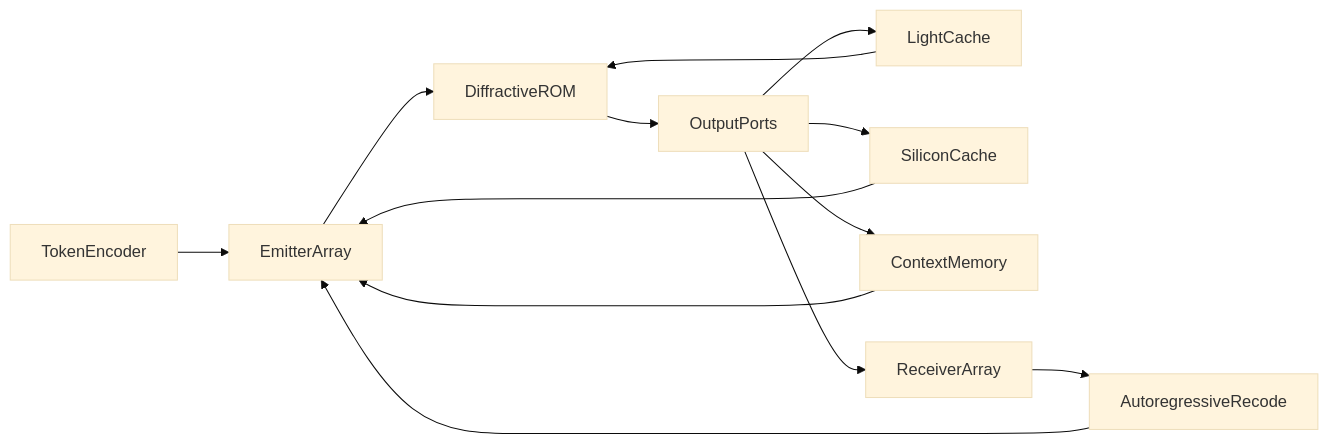
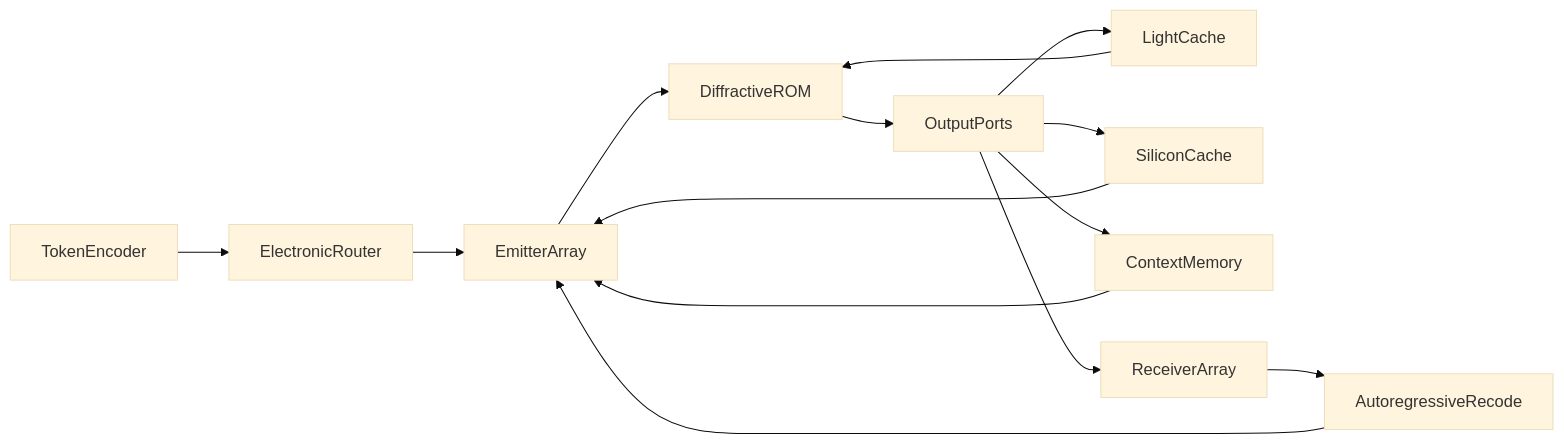
Before and after one commit to ussdeveloper/OLLMU: the first of 2 diagrams in CONCEPT.en.md, drawn with Mermaid (base theme). The commit also changed other lines of this file and 6 other files, not shown here.

````diff
--- a/CONCEPT.en.md
+++ b/CONCEPT.en.md
@@ -115,15 +123,16 @@
 ```mermaid
 flowchart LR
-  tokens[TokenEncoder] --> emitters[EmitterArray]
+  tokens[TokenEncoder] --> router[ElectronicRouter]
+  router --> emitters[EmitterArray]
   emitters --> core[DiffractiveROM]
   core --> ports[OutputPorts]
   ports --> lightCache[LightCache]
   lightCache --> core
   ports --> siCache[SiliconCache]
   siCache --> emitters
   ports --> ctx[ContextMemory]
   ctx --> emitters
   ports --> recv[ReceiverArray]
   recv --> recode[AutoregressiveRecode]
   recode --> emitters
 ```
````
